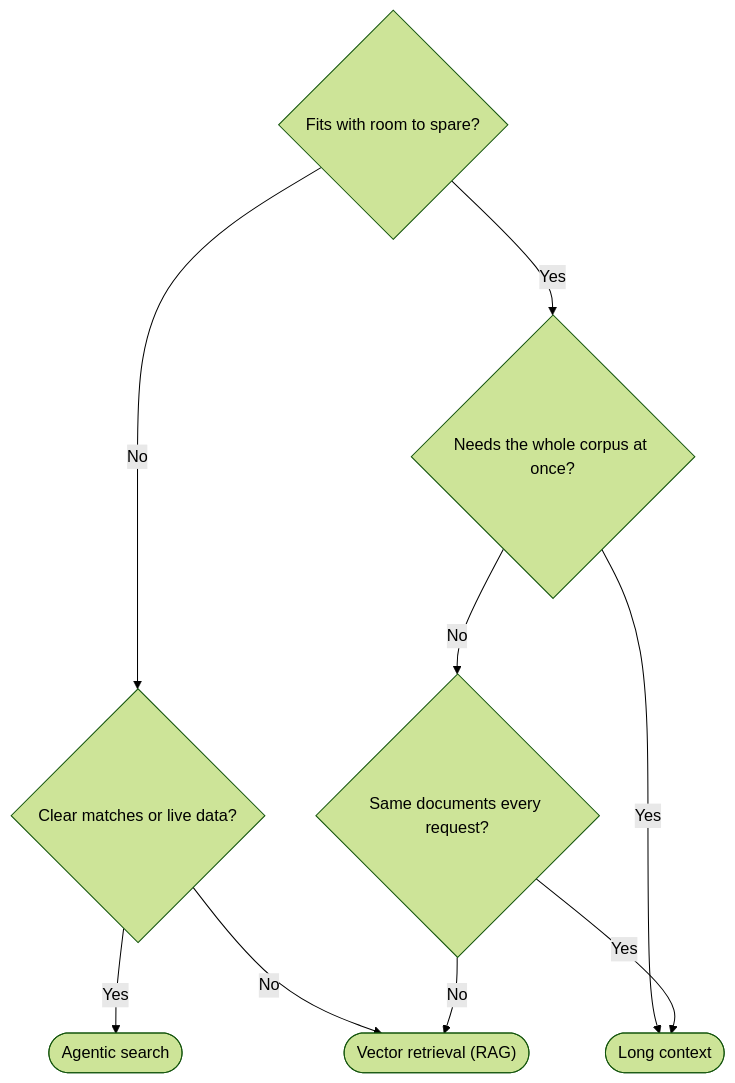
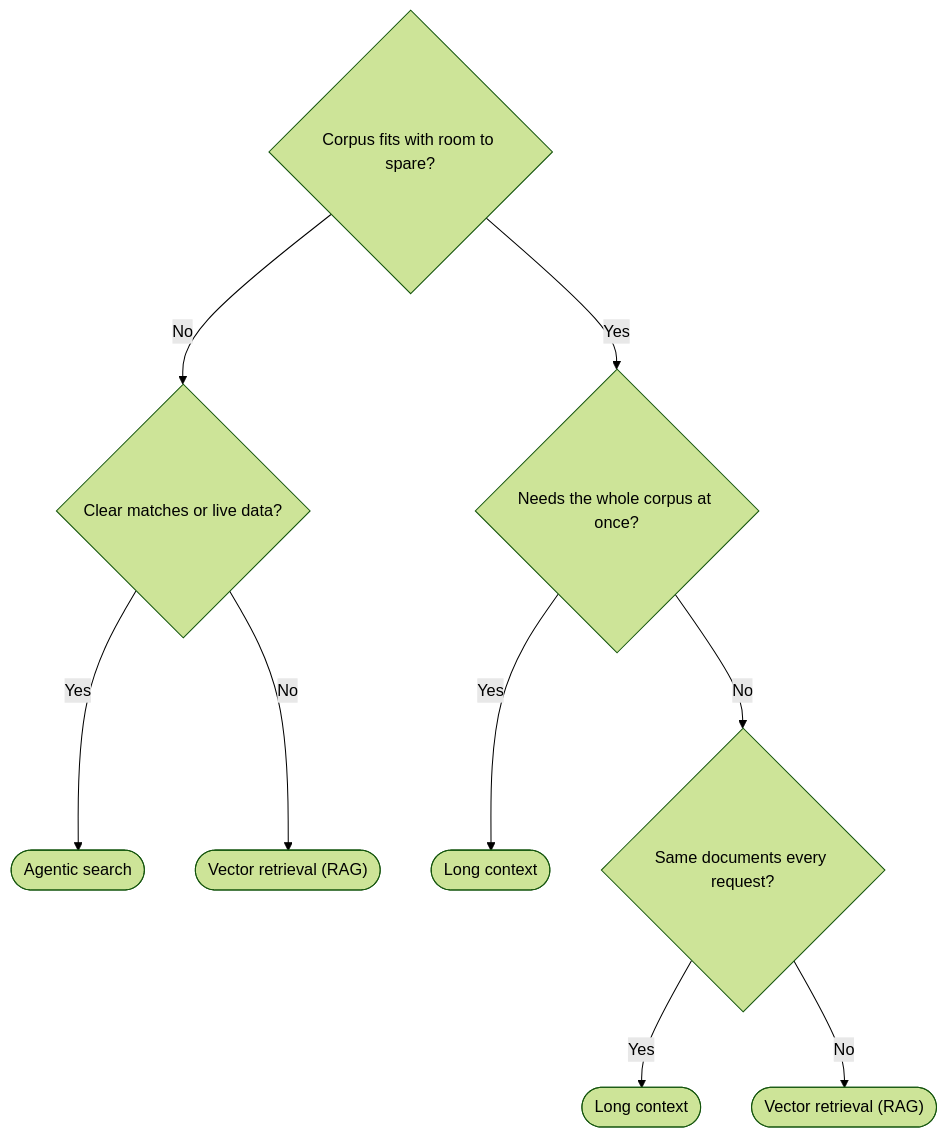
Before and after one commit to SSWConsulting/SSW.Rules.Content: the diagram in public/uploads/rules/rag-vs-long-context/rule.mdx, drawn with Mermaid (forest theme). The commit also changed other lines of this file, not shown here.

Commit message:
Fix diagram crossings, drop the tips box, add text around the decision section
- The crossings came from Long context and RAG each being a shared target from
  two different branch depths, so the layout engine routed edges back across the
  tree. Every path now ends in its own leaf, making it a strict binary tree with
  nothing to cross.
- Root node reworded to "Corpus fits with room to spare?".
- Removed the tips box.
- Added a lead-in above the diagram naming the three questions it asks, and a
  bridge below the figure pointing at the table as the detail behind each branch.

Claude-Session: https://claude.ai/code/session_017TKtfnFCLyedwvoogchRFy

````diff
--- a/public/uploads/rules/rag-vs-long-context/rule.mdx
+++ b/public/uploads/rules/rag-vs-long-context/rule.mdx
@@ -67,14 +69,15 @@
 ```mermaid
 flowchart TD
-    Fits{"Fits with room to spare?"} -->|"No"| Handles{"Clear matches or live data?"}
+    Fits{"Corpus fits with room to spare?"}
+    Fits -->|"No"| Handles{"Clear matches or live data?"}
     Fits -->|"Yes"| Global{"Needs the whole corpus at once?"}
 
     Handles -->|"Yes"| Agentic(["Agentic search"])
-    Handles -->|"No"| RAG(["Vector retrieval (RAG)"])
+    Handles -->|"No"| RagLarge(["Vector retrieval (RAG)"])
 
-    Global -->|"Yes"| LongContext(["Long context"])
+    Global -->|"Yes"| LcGlobal(["Long context"])
     Global -->|"No"| Repeats{"Same documents every request?"}
 
-    Repeats -->|"Yes"| LongContext
-    Repeats -->|"No"| RAG
+    Repeats -->|"Yes"| LcRepeat(["Long context"])
+    Repeats -->|"No"| RagVolatile(["Vector retrieval (RAG)"])
 ```
````
